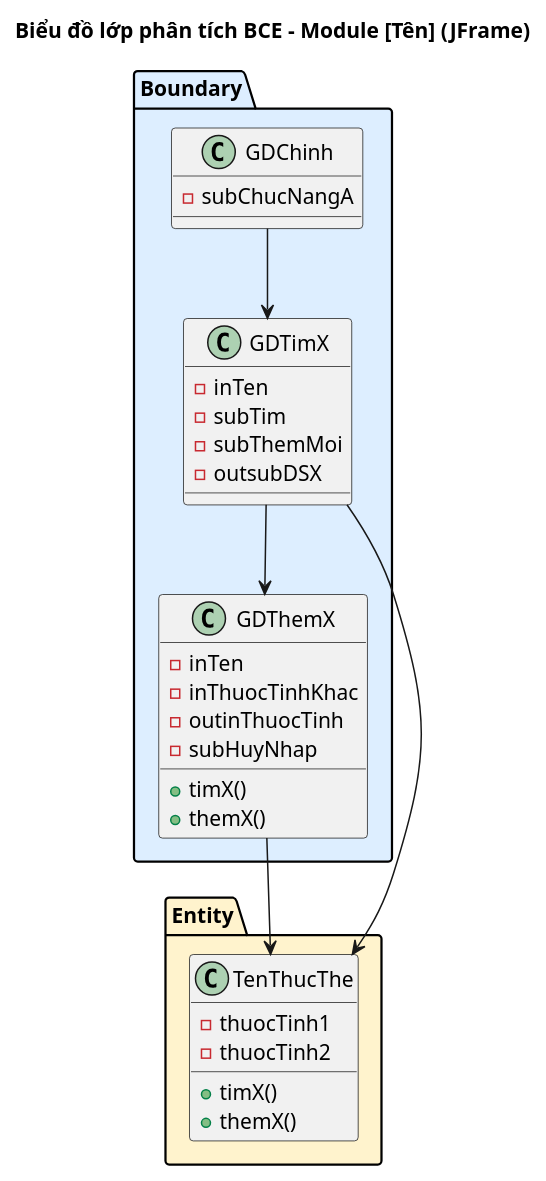
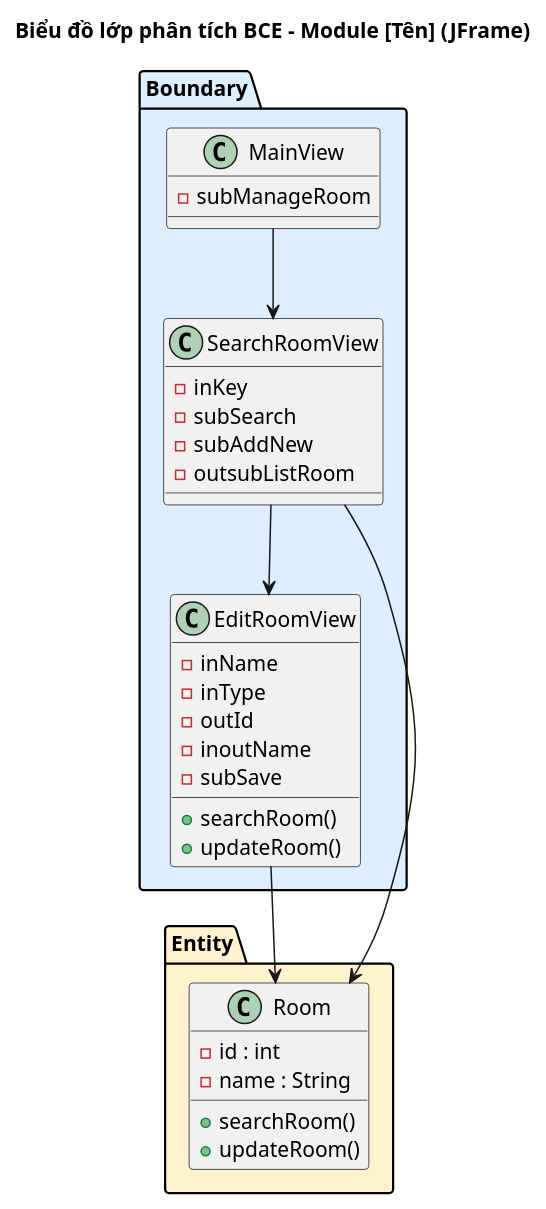
Before and after one commit to thanhtrnnn/cnpm: the first of 2 diagrams in .claude/skills/cnpm/references/ii.3_sodo_lop_phantich.md, drawn with PlantUML. The commit also changed other lines of this file and 15 other files, not shown here.

First line of the commit message:
fix: PlantUML theme v2 — hide C/A icons, tighten spacing, add layout rules

````diff
--- a/.claude/skills/cnpm/references/ii.3_sodo_lop_phantich.md
+++ b/.claude/skills/cnpm/references/ii.3_sodo_lop_phantich.md
@@ -52,39 +60,40 @@
 ```plantuml
 @startuml
 title Biểu đồ lớp phân tích BCE – Module [Tên] (JFrame)
 
 package "Boundary" #DDEEFF {
-  class GDChinh {
-    -subChucNangA
+  class MainView {
+    -subManageRoom
   }
-  class GDTimX {
-    -inTen
-    -subTim
-    -subThemMoi
-    -outsubDSX
+  class SearchRoomView {
+    -inKey
+    -subSearch
+    -subAddNew
+    -outsubListRoom
   }
-  class GDThemX {
-    -inTen
-    -inThuocTinhKhac
-    -outinThuocTinh
-    -subHuyNhap
-    +timX()
-    +themX()
+  class EditRoomView {
+    -inName
+    -inType
+    -outId
+    -inoutName
+    -subSave
+    +searchRoom()
+    +updateRoom()
   }
 }
 
 package "Entity" #FFF3CD {
-  class TenThucThe {
-    -thuocTinh1
-    -thuocTinh2
-    +timX()
-    +themX()
+  class Room {
+    -id : int
+    -name : String
+    +searchRoom()
+    +updateRoom()
   }
 }
 
-GDChinh --> GDTimX
-GDTimX --> GDThemX
-GDTimX --> TenThucThe
-GDThemX --> TenThucThe
+MainView --> SearchRoomView
+SearchRoomView --> EditRoomView
+SearchRoomView --> Room
+EditRoomView --> Room
 @enduml
 ```
````
